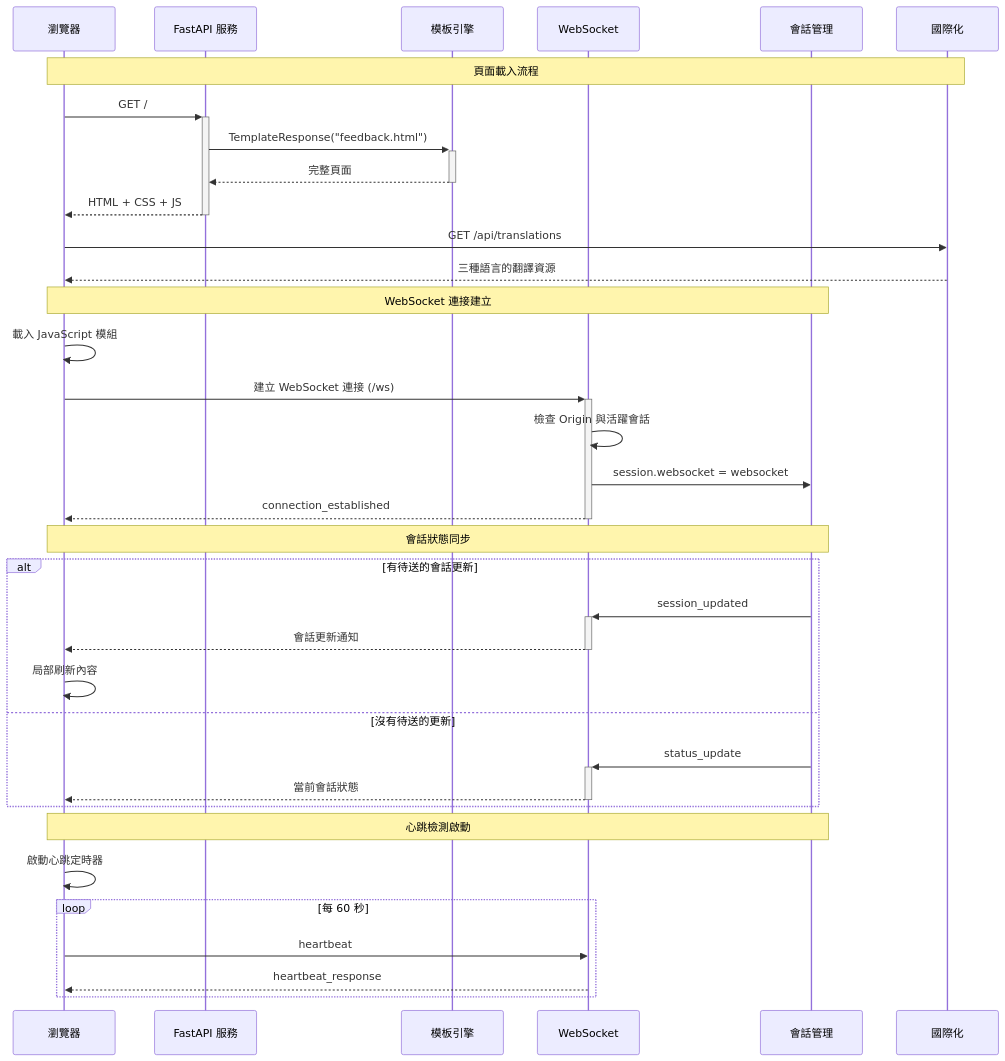
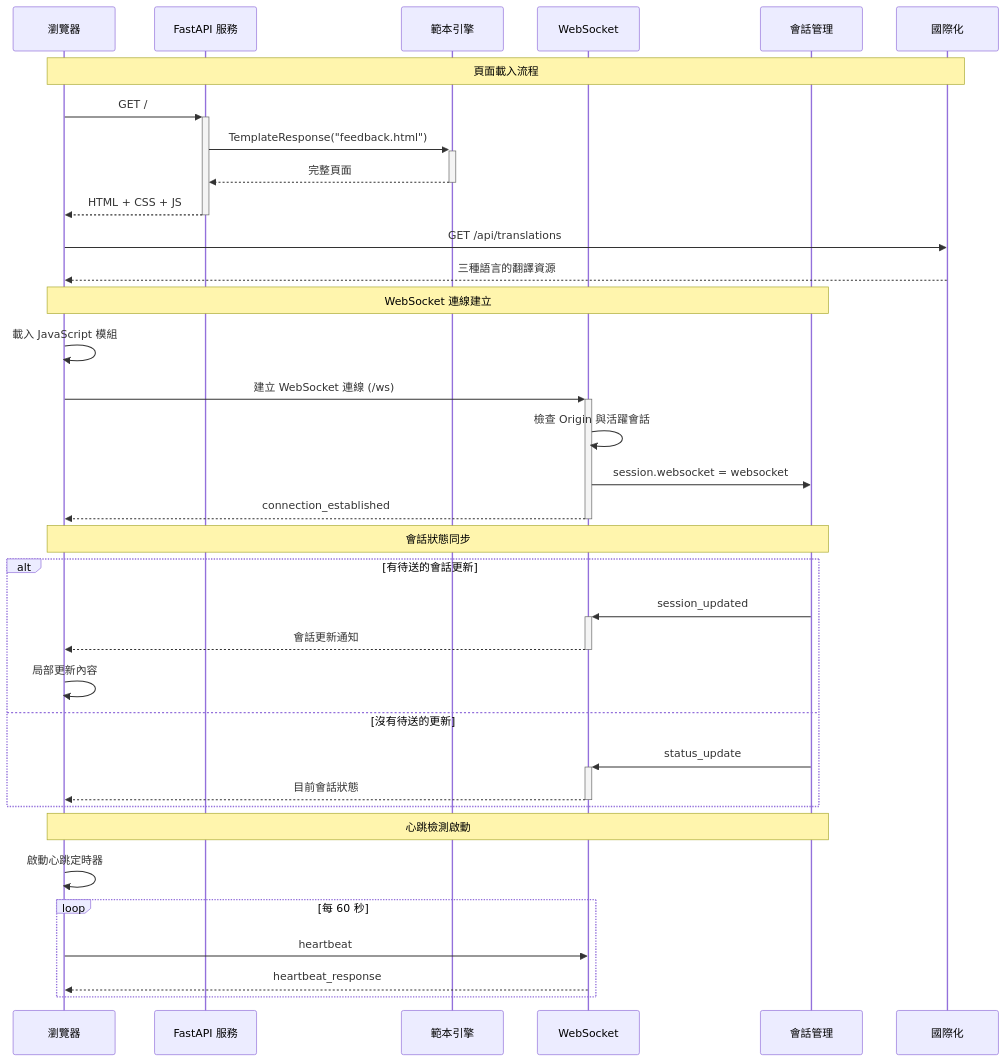
Before and after one commit to CloudEngineHub/mcp-feedback-enhanced: the third of 12 diagrams in docs/architecture/interaction-flows.md, drawn with Mermaid. The commit also changed other lines of this file, not shown here.

````diff
--- a/docs/architecture/interaction-flows.md
+++ b/docs/architecture/interaction-flows.md
@@ -170,41 +170,41 @@
 ```mermaid
 sequenceDiagram
     participant Browser as 瀏覽器
     participant FastAPI as FastAPI 服務
-    participant Template as 模板引擎
+    participant Template as 範本引擎
     participant WS as WebSocket
     participant Session as 會話管理
     participant I18N as 國際化
 
     Note over Browser,I18N: 頁面載入流程
     Browser->>+FastAPI: GET /
     FastAPI->>+Template: TemplateResponse("feedback.html")
     Template-->>-FastAPI: 完整頁面
     FastAPI-->>-Browser: HTML + CSS + JS
     Browser->>I18N: GET /api/translations
     I18N-->>Browser: 三種語言的翻譯資源
 
-    Note over Browser,Session: WebSocket 連接建立
+    Note over Browser,Session: WebSocket 連線建立
     Browser->>Browser: 載入 JavaScript 模組
-    Browser->>+WS: 建立 WebSocket 連接 (/ws)
+    Browser->>+WS: 建立 WebSocket 連線 (/ws)
     WS->>WS: 檢查 Origin 與活躍會話
     WS->>Session: session.websocket = websocket
     WS-->>-Browser: connection_established
 
     Note over Browser,Session: 會話狀態同步
     alt 有待送的會話更新
         Session->>+WS: session_updated
         WS-->>-Browser: 會話更新通知
-        Browser->>Browser: 局部刷新內容
+        Browser->>Browser: 局部更新內容
     else 沒有待送的更新
         Session->>+WS: status_update
-        WS-->>-Browser: 當前會話狀態
+        WS-->>-Browser: 目前會話狀態
     end
 
     Note over Browser,Session: 心跳檢測啟動
     Browser->>Browser: 啟動心跳定時器
     loop 每 60 秒
         Browser->>WS: heartbeat
         WS-->>Browser: heartbeat_response
     end
 ```
````
